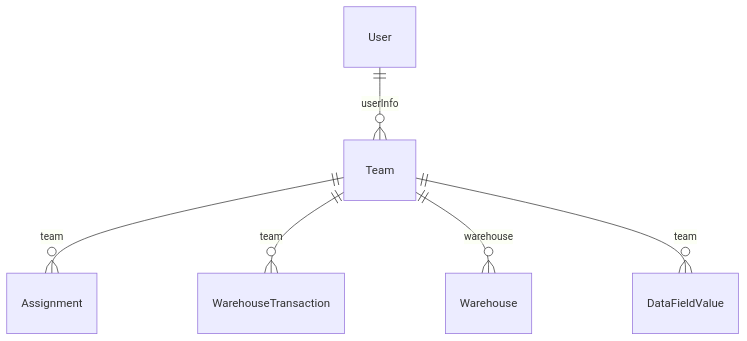
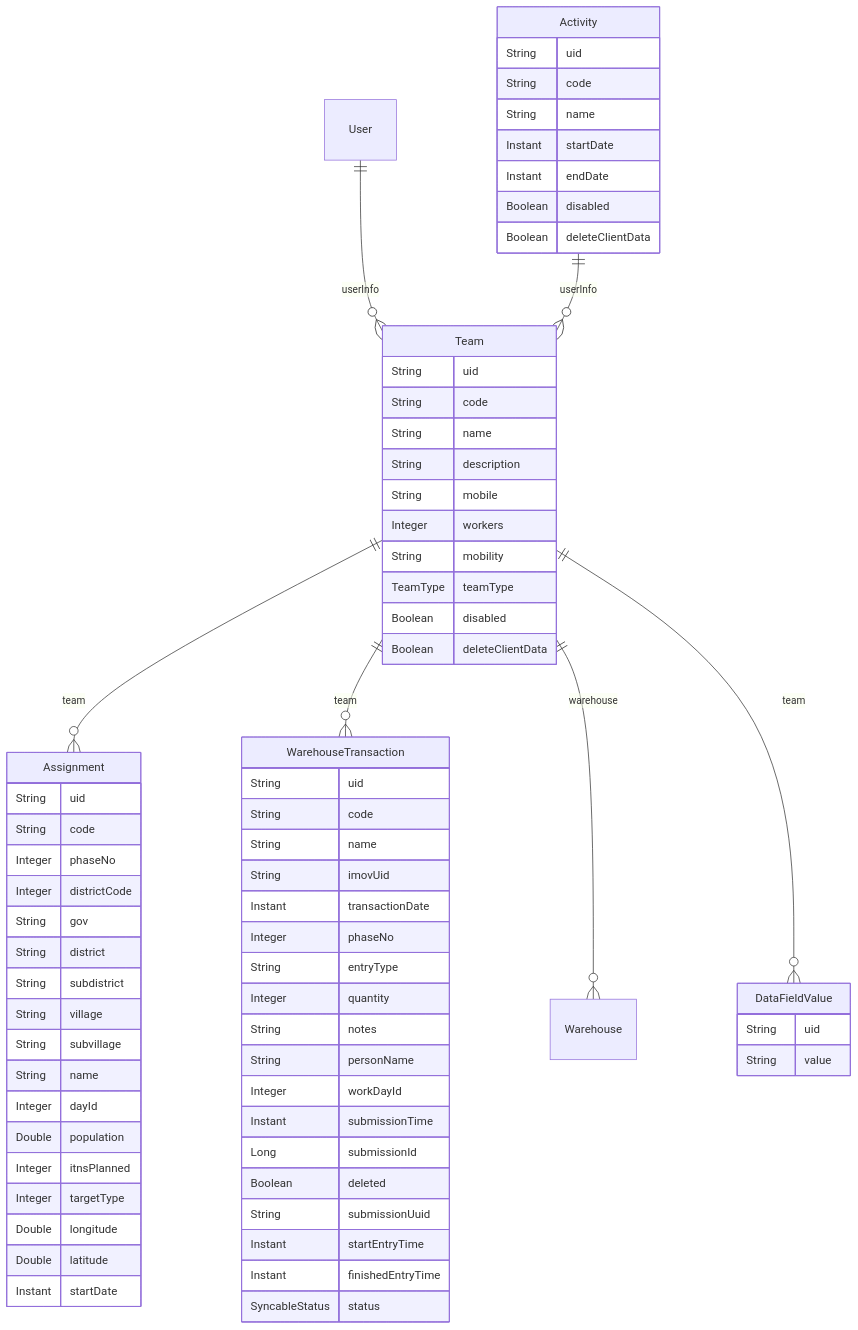
One commit to MassPro-NMCPYE/data-run-docs changed the third of 5 diagrams in docs/index.md. Above: the diagram before and after it, drawn with Mermaid. The commit also changed other lines of this file and 1 other file, not shown here.

````diff
--- a/docs/index.md
+++ b/docs/index.md
@@ -98,8 +280,78 @@
 ```mermaid
 erDiagram
   User ||--o{ Team : "userInfo"
+  Activity ||--o{ Team : "userInfo"
   Team ||--o{ Assignment : "team"
   Team ||--o{ WarehouseTransaction : "team"
   Team ||--o{ Warehouse : "warehouse"
   Team ||--o{ DataFieldValue : "team"
+
+  Activity {
+      String uid
+      String code
+      String name
+      Instant startDate
+      Instant endDate
+      Boolean disabled
+      Boolean deleteClientData
+  }
+
+  Assignment {
+      String uid
+      String code
+      Integer phaseNo
+      Integer districtCode
+      String gov
+      String district
+      String subdistrict
+      String village
+      String subvillage
+      String name
+      Integer dayId
+      Double population
+      Integer itnsPlanned
+      Integer targetType
+      Double longitude
+      Double latitude
+      Instant startDate
+  }
+
+  Team {
+      String uid
+      String code
+      String name
+      String description
+      String mobile
+      Integer workers
+      String mobility
+      TeamType teamType
+      Boolean disabled
+      Boolean deleteClientData
+  }
+
+  WarehouseTransaction {
+      String uid
+      String code
+      String name
+      String imovUid
+      Instant transactionDate
+      Integer phaseNo
+      String entryType
+      Integer quantity
+      String notes
+      String personName
+      Integer workDayId
+      Instant submissionTime
+      Long submissionId
+      Boolean deleted
+      String submissionUuid
+      Instant startEntryTime
+      Instant finishedEntryTime
+      SyncableStatus status
+  }
+
+  DataFieldValue {
+      String uid
+      String value
+  }
 ```
````
